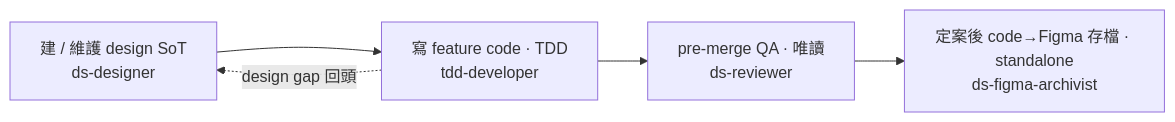
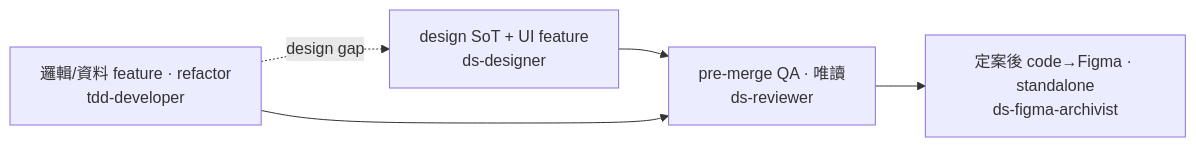
One commit to YinNingWang/ds-agents changed the first of 2 diagrams in README.md. Above: the diagram before and after it, drawn with Mermaid. The commit also changed other lines of this file, not shown here.

````diff
--- a/README.md
+++ b/README.md
@@ -31,7 +31,7 @@
 ```mermaid
 flowchart LR
-  A["建 / 維護 design SoT<br/>ds-designer"] --> B["寫 feature code · TDD<br/>tdd-developer"]
-  B -. design gap 回頭 .-> A
-  B --> C["pre-merge QA · 唯讀<br/>ds-reviewer"]
-  C --> D["定案後 code→Figma 存檔 · standalone<br/>ds-figma-archivist"]
+  A["design SoT + UI feature<br/>ds-designer"] --> C
+  B["邏輯/資料 feature · refactor<br/>tdd-developer"] --> C
+  B -. design gap .-> A
+  C["pre-merge QA · 唯讀<br/>ds-reviewer"] --> D["定案後 code→Figma · standalone<br/>ds-figma-archivist"]
 ```
````
